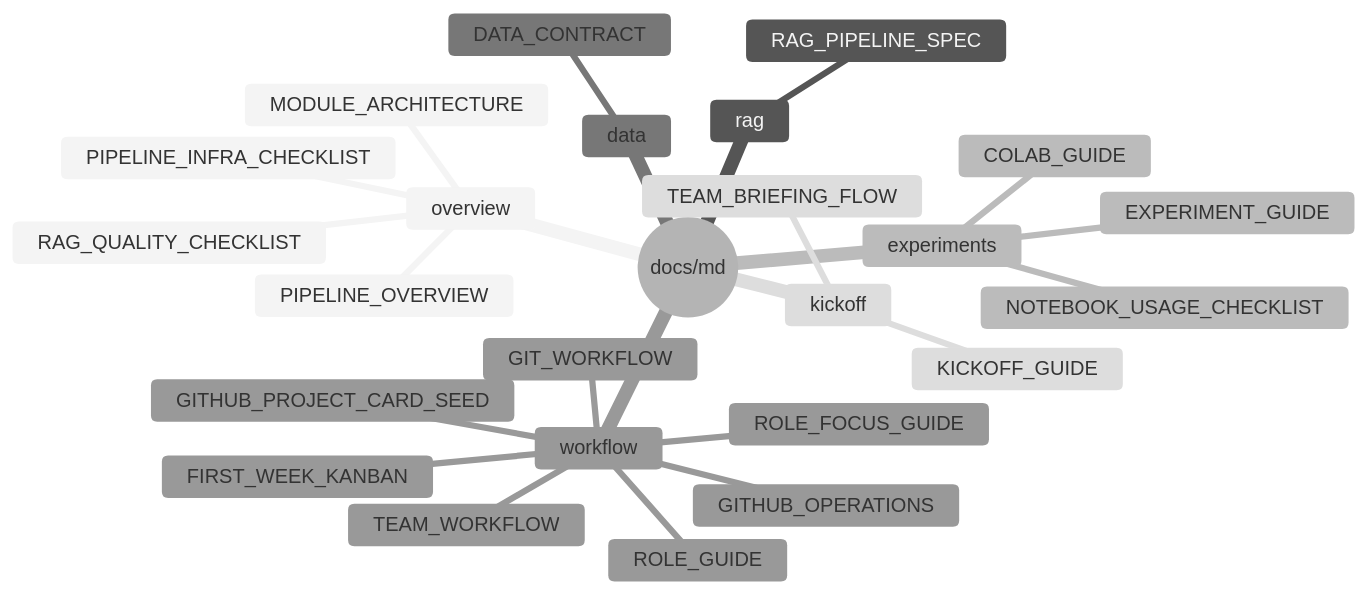
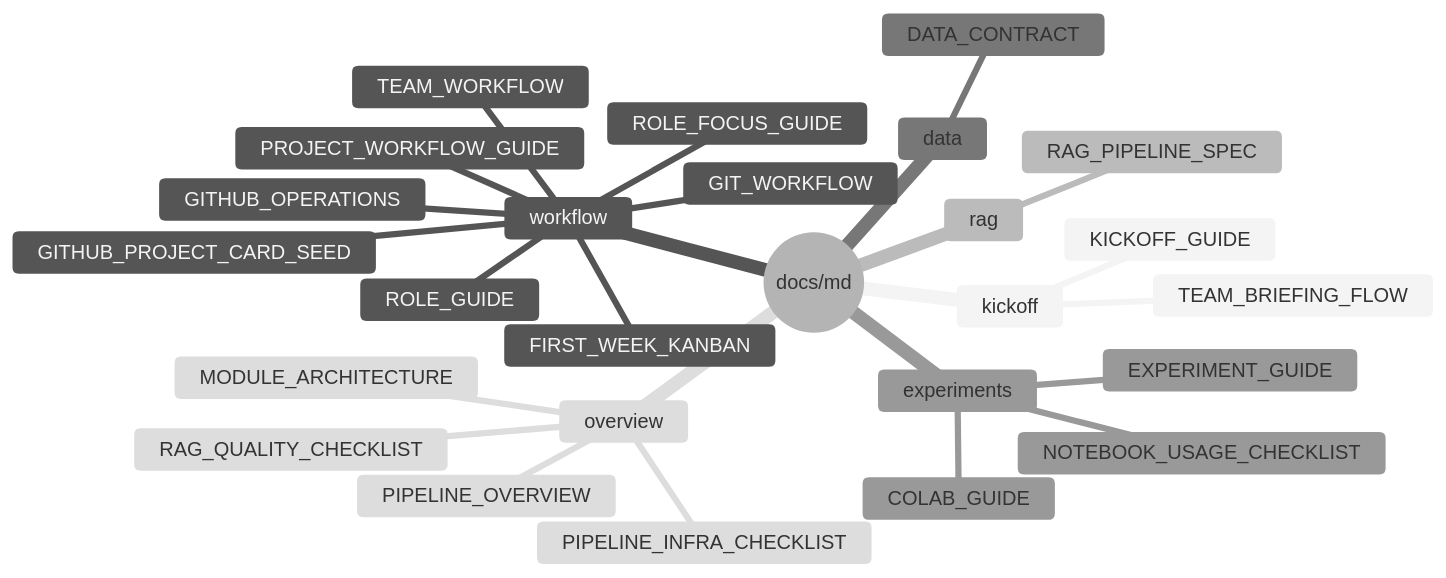
The diagram in docs/md/README.md (Codeit-Part3-6Team/Codeit-Part3-6Team-Project), drawn with Mermaid (neutral theme) before and after one commit. The commit also changed other lines of this file and 5 other files, not shown here.

````diff
--- a/docs/md/README.md
+++ b/docs/md/README.md
@@ -9,28 +19,29 @@
 ```mermaid
 mindmap
   root((docs/md))
+    kickoff
+      TEAM_BRIEFING_FLOW
+      KICKOFF_GUIDE
+    workflow
+      PROJECT_WORKFLOW_GUIDE
+      ROLE_FOCUS_GUIDE
+      GITHUB_OPERATIONS
+      FIRST_WEEK_KANBAN
+      GIT_WORKFLOW
+      TEAM_WORKFLOW
+      ROLE_GUIDE
+      GITHUB_PROJECT_CARD_SEED
+    rag
+      RAG_PIPELINE_SPEC
+    data
+      DATA_CONTRACT
+    experiments
+      EXPERIMENT_GUIDE
+      COLAB_GUIDE
+      NOTEBOOK_USAGE_CHECKLIST
     overview
       PIPELINE_OVERVIEW
       MODULE_ARCHITECTURE
       PIPELINE_INFRA_CHECKLIST
       RAG_QUALITY_CHECKLIST
-    rag
-      RAG_PIPELINE_SPEC
-    experiments
-      EXPERIMENT_GUIDE
-      COLAB_GUIDE
-      NOTEBOOK_USAGE_CHECKLIST
-    data
-      DATA_CONTRACT
-    workflow
-      GIT_WORKFLOW
-      TEAM_WORKFLOW
-      ROLE_GUIDE
-      ROLE_FOCUS_GUIDE
-      GITHUB_OPERATIONS
-      FIRST_WEEK_KANBAN
-      GITHUB_PROJECT_CARD_SEED
-    kickoff
-      KICKOFF_GUIDE
-      TEAM_BRIEFING_FLOW
 ```
````
